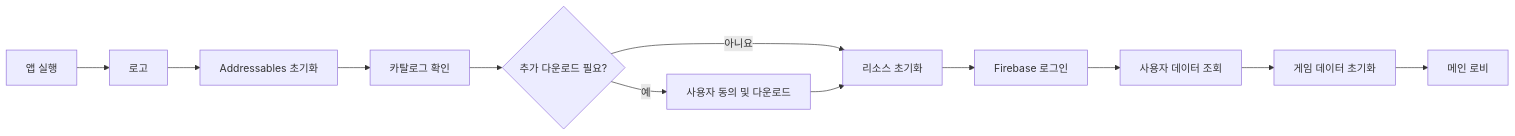
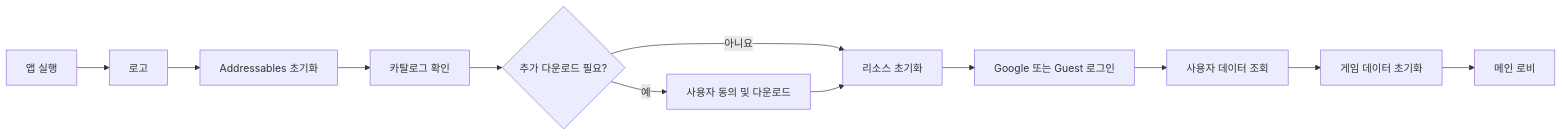
Before and after one commit to GyoolTomato/NextHorizon_Portfolio: the first of 2 diagrams in README.md, drawn with Mermaid. The commit also changed other lines of this file, not shown here.

````diff
--- a/README.md
+++ b/README.md
@@ -36,14 +84,14 @@
 ```mermaid
 flowchart LR
     A["앱 실행"] --> B["로고"]
     B --> C["Addressables 초기화"]
     C --> D["카탈로그 확인"]
     D --> E{"추가 다운로드 필요?"}
     E -- "예" --> F["사용자 동의 및 다운로드"]
     E -- "아니요" --> G["리소스 초기화"]
     F --> G
-    G --> H["Firebase 로그인"]
+    G --> H["Google 또는 Guest 로그인"]
     H --> I["사용자 데이터 조회"]
     I --> J["게임 데이터 초기화"]
     J --> K["메인 로비"]
 ```
````
